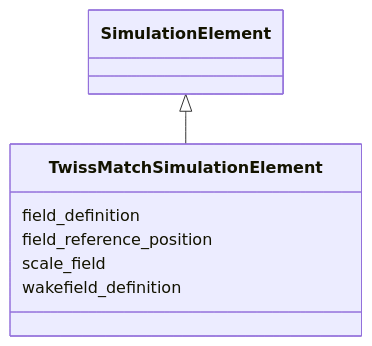
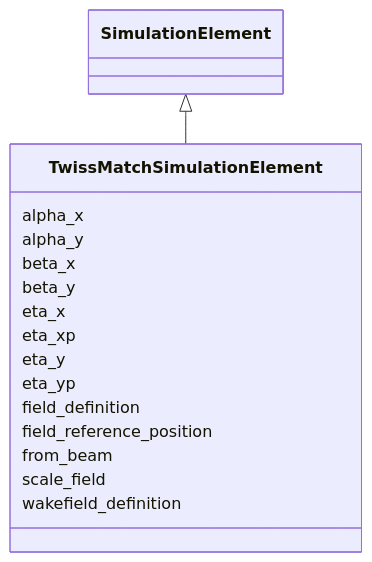
Before and after one commit to astec-stfc/laura: the diagram in docs/source/schema/TwissMatchSimulationElement.md, drawn with Mermaid. The commit also changed other lines of this file and 330 other files, not shown here.

Commit message:
Rationalising the schema and objects

````diff
--- a/docs/source/schema/TwissMatchSimulationElement.md
+++ b/docs/source/schema/TwissMatchSimulationElement.md
@@ -23,17 +23,35 @@
 ```mermaid
  classDiagram
     class TwissMatchSimulationElement
     click TwissMatchSimulationElement href "../TwissMatchSimulationElement/"
       SimulationElement <|-- TwissMatchSimulationElement
         click SimulationElement href "../SimulationElement/"
       
+      TwissMatchSimulationElement : alpha_x
+        
+      TwissMatchSimulationElement : alpha_y
+        
+      TwissMatchSimulationElement : beta_x
+        
+      TwissMatchSimulationElement : beta_y
+        
+      TwissMatchSimulationElement : eta_x
+        
+      TwissMatchSimulationElement : eta_xp
+        
+      TwissMatchSimulationElement : eta_y
+        
+      TwissMatchSimulationElement : eta_yp
+        
       TwissMatchSimulationElement : field_definition
         
       TwissMatchSimulationElement : field_reference_position
+        
+      TwissMatchSimulationElement : from_beam
         
       TwissMatchSimulationElement : scale_field
         
       TwissMatchSimulationElement : wakefield_definition
         
       
 ```
````
